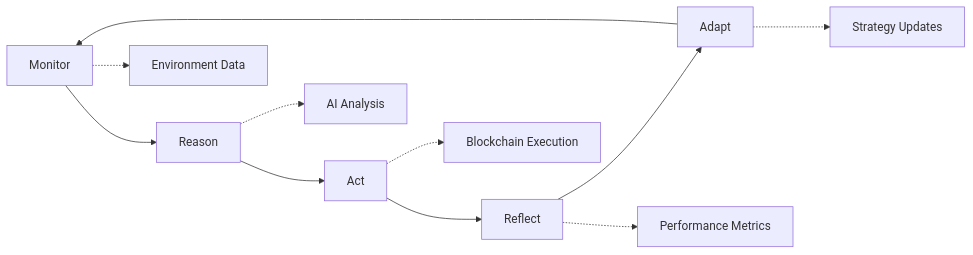
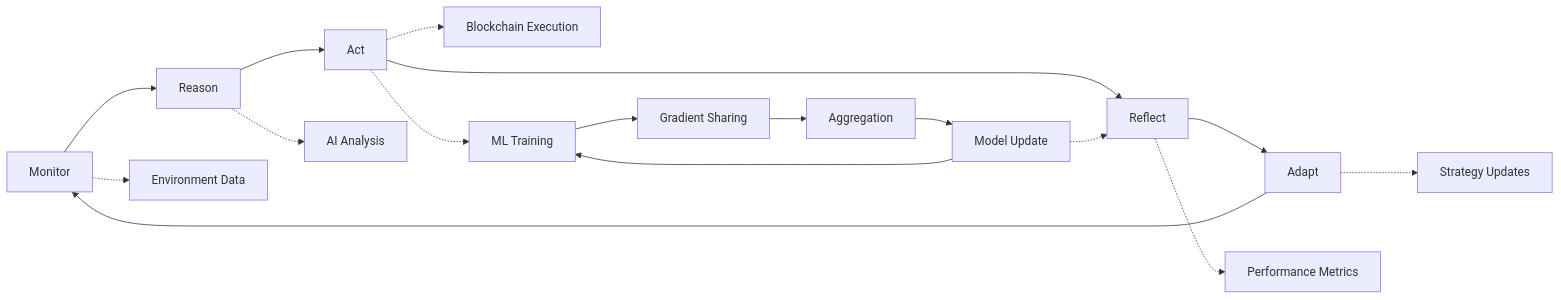
The diagram in README.md (ruvnet/daa), drawn with Mermaid before and after one commit. The commit also changed other lines of this file, not shown here.

````diff
--- a/README.md
+++ b/README.md
@@ -169,14 +235,22 @@
 ```mermaid
 graph LR
     A[Monitor] --> B[Reason]
     B --> C[Act]
     C --> D[Reflect]
     D --> E[Adapt]
     E --> A
     
     A -.-> F[Environment Data]
     B -.-> G[AI Analysis]
     C -.-> H[Blockchain Execution]
     D -.-> I[Performance Metrics]
     E -.-> J[Strategy Updates]
+    
+    K[ML Training] --> L[Gradient Sharing]
+    L --> M[Aggregation]
+    M --> N[Model Update]
+    N --> K
+    
+    C -.-> K
+    N -.-> D
 ```
````
